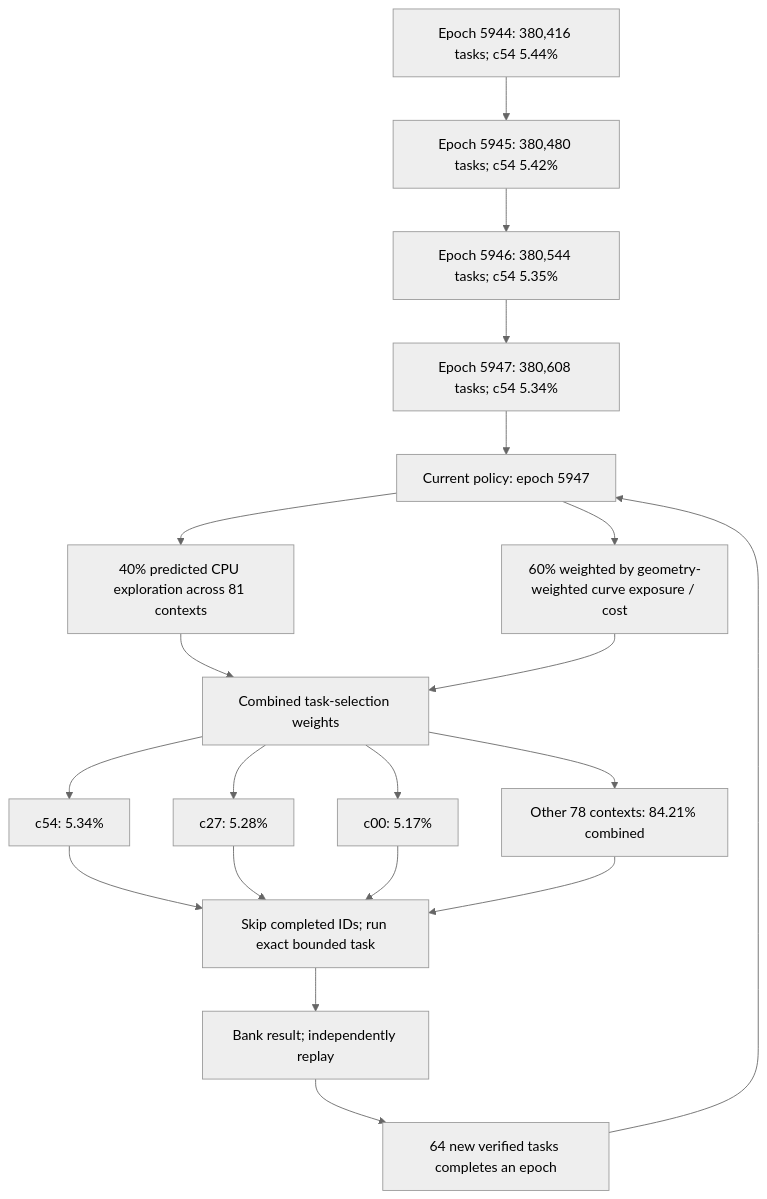
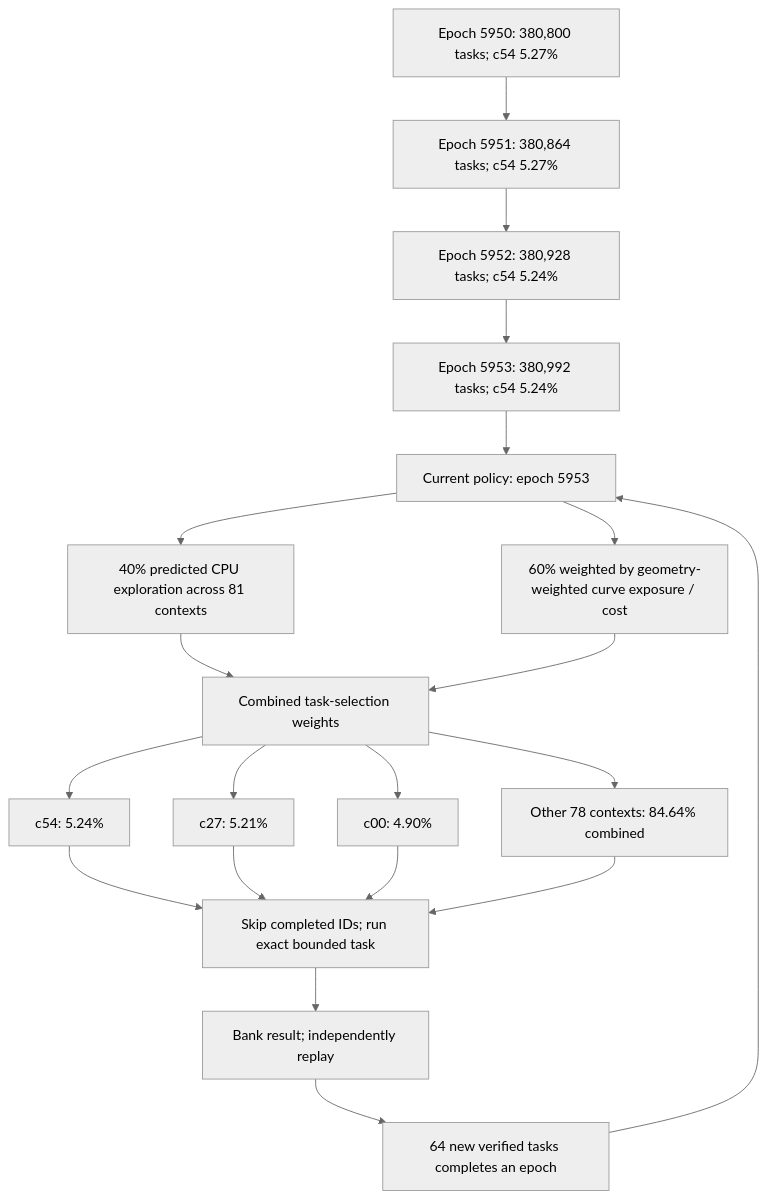
Before and after one commit to Kuberwastaken/math-gambling: the first of 3 diagrams in README.md, drawn with Mermaid (neutral theme). The commit also changed other lines of this file and 4755 other files, not shown here.

````diff
--- a/README.md
+++ b/README.md
@@ -60,27 +60,27 @@
 ```mermaid
 flowchart TD
-    H0["Epoch 5944: 380,416 tasks; c54 5.44%"]
-    H1["Epoch 5945: 380,480 tasks; c54 5.42%"]
+    H0["Epoch 5950: 380,800 tasks; c54 5.27%"]
+    H1["Epoch 5951: 380,864 tasks; c54 5.27%"]
     H0 --> H1
-    H2["Epoch 5946: 380,544 tasks; c54 5.35%"]
+    H2["Epoch 5952: 380,928 tasks; c54 5.24%"]
     H1 --> H2
-    H3["Epoch 5947: 380,608 tasks; c54 5.34%"]
+    H3["Epoch 5953: 380,992 tasks; c54 5.24%"]
     H2 --> H3
-    Policy["Current policy: epoch 5947"]
+    Policy["Current policy: epoch 5953"]
     H3 --> Policy
     Policy --> Explore["40% predicted CPU exploration across 81 contexts"]
     Policy --> Cost["60% weighted by geometry-weighted curve exposure / cost"]
     Explore --> Mix["Combined task-selection weights"]
     Cost --> Mix
-    Mix --> C0["c54: 5.34%"]
-    Mix --> C1["c27: 5.28%"]
-    Mix --> C2["c00: 5.17%"]
-    Mix --> Rest["Other 78 contexts: 84.21% combined"]
+    Mix --> C0["c54: 5.24%"]
+    Mix --> C1["c27: 5.21%"]
+    Mix --> C2["c00: 4.90%"]
+    Mix --> Rest["Other 78 contexts: 84.64% combined"]
     C0 --> Check["Skip completed IDs; run exact bounded task"]
     C1 --> Check
     C2 --> Check
     Rest --> Check
     Check --> Replay["Bank result; independently replay"]
     Replay --> Gate["64 new verified tasks completes an epoch"]
     Gate --> Policy
 ```
````
